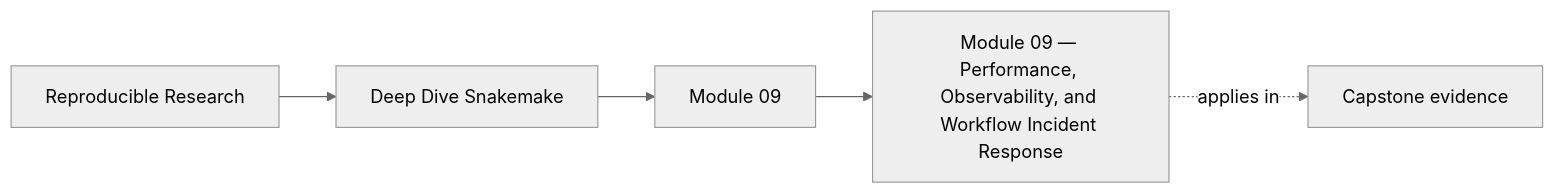
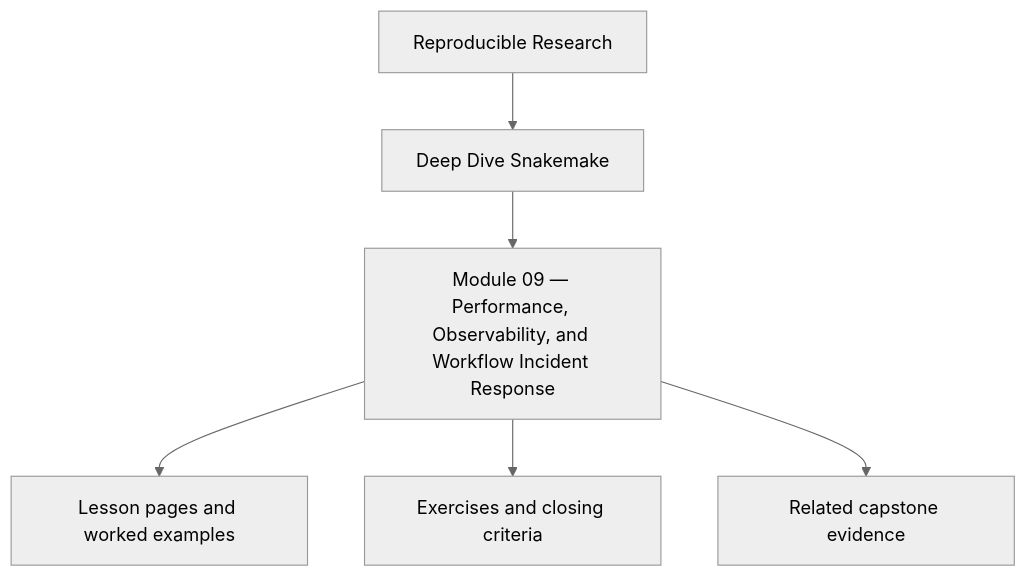
Before and after one commit to bijux/bijux-masterclass: the first of 2 diagrams in programs/reproducible-research/deep-dive-snakemake/course-book/module-09-observability-performance-and-incident-response/index.md, drawn with Mermaid (neutral theme). The commit also changed other lines of this file and 10 other files, not shown here.

Commit message:
docs(deep-dive-snakemake): reposition module overview diagrams

````diff
--- a/programs/reproducible-research/deep-dive-snakemake/course-book/module-09-observability-performance-and-incident-response/index.md
+++ b/programs/reproducible-research/deep-dive-snakemake/course-book/module-09-observability-performance-and-incident-response/index.md
@@ -9,11 +9,8 @@
 ```mermaid
-graph LR
-  family["Reproducible Research"]
-  program["Deep Dive Snakemake"]
-  section["Module 09"]
-  page["Module 09 — Performance, Observability, and Workflow Incident Response"]
-  capstone["Capstone evidence"]
-
-  family --> program --> section --> page
-  page -.applies in.-> capstone
+flowchart TD
+  family["Reproducible Research"] --> program["Deep Dive Snakemake"]
+  program --> module["Module 09 — Performance, Observability, and Workflow Incident Response"]
+  module --> lessons["Lesson pages and worked examples"]
+  module --> checkpoints["Exercises and closing criteria"]
+  module --> capstone["Related capstone evidence"]
 ```
````
